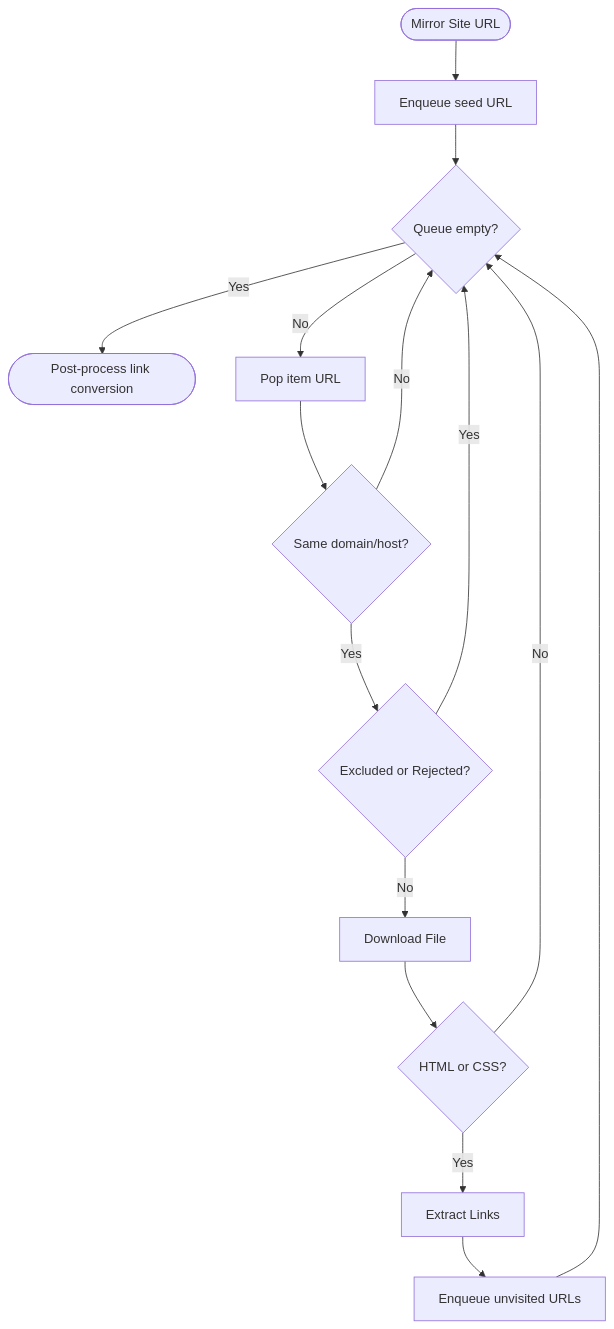
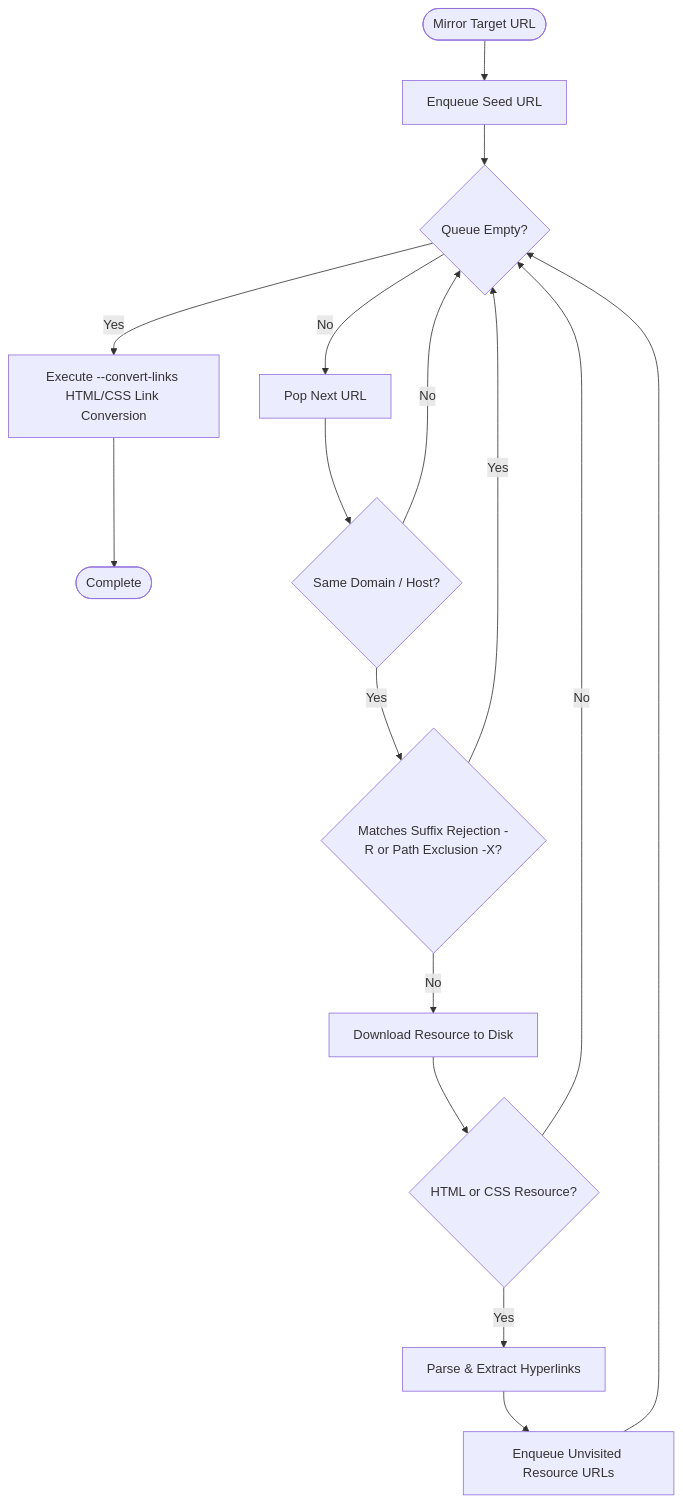
Before and after one commit to sahmedhusain/fetchcraft: the third of 3 diagrams in README.md, drawn with Mermaid. The commit also changed other lines of this file and 6 other files, not shown here.

````diff
--- a/README.md
+++ b/README.md
@@ -120,17 +74,20 @@
 ```mermaid
 flowchart TD
-    Start([Mirror Site URL]) --> Queue[Enqueue seed URL]
-    Queue --> Loop{Queue empty?}
-    Loop -- Yes --> End([Post-process link conversion])
-    Loop -- No --> Dequeue[Pop item URL]
-    Dequeue --> HostCheck{Same domain/host?}
+    Start([Mirror Target URL]) --> Queue[Enqueue Seed URL]
+    Queue --> Loop{Queue Empty?}
+    
+    Loop -- Yes --> PostProcess[Execute --convert-links HTML/CSS Link Conversion] --> End([Complete])
+    Loop -- No --> Dequeue[Pop Next URL]
+    
+    Dequeue --> HostCheck{Same Domain / Host?}
     HostCheck -- No --> Loop
-    HostCheck -- Yes --> FilterCheck{Excluded or Rejected?}
+    HostCheck -- Yes --> FilterCheck{Matches Suffix Rejection -R or Path Exclusion -X?}
+    
     FilterCheck -- Yes --> Loop
-    FilterCheck -- No --> Download[Download File]
-    Download --> Parse{HTML or CSS?}
-    Parse -- Yes --> Extract[Extract Links]
-    Extract --> EnqueueNew[Enqueue unvisited URLs]
-    EnqueueNew --> Loop
-    Parse -- No --> Loop
+    FilterCheck -- No --> Fetch[Download Resource to Disk]
+    
+    Fetch --> ContentCheck{HTML or CSS Resource?}
+    ContentCheck -- Yes --> Extract[Parse & Extract Hyperlinks]
+    Extract --> EnqueueNew[Enqueue Unvisited Resource URLs] --> Loop
+    ContentCheck -- No --> Loop
 ```
````
